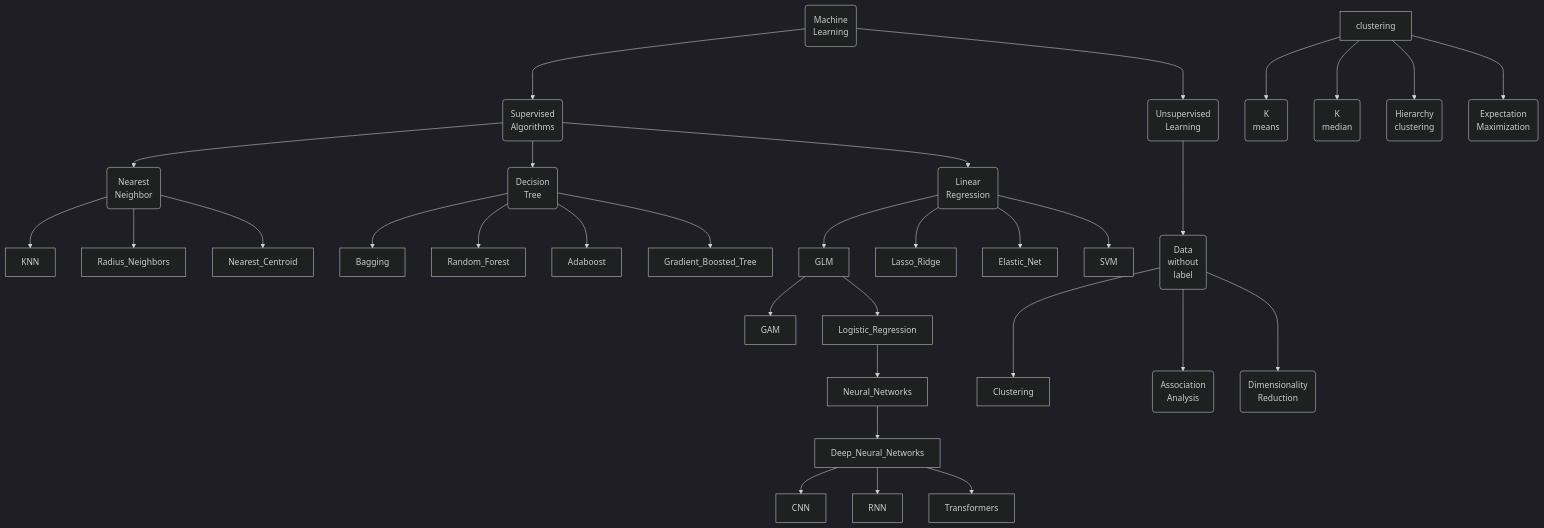
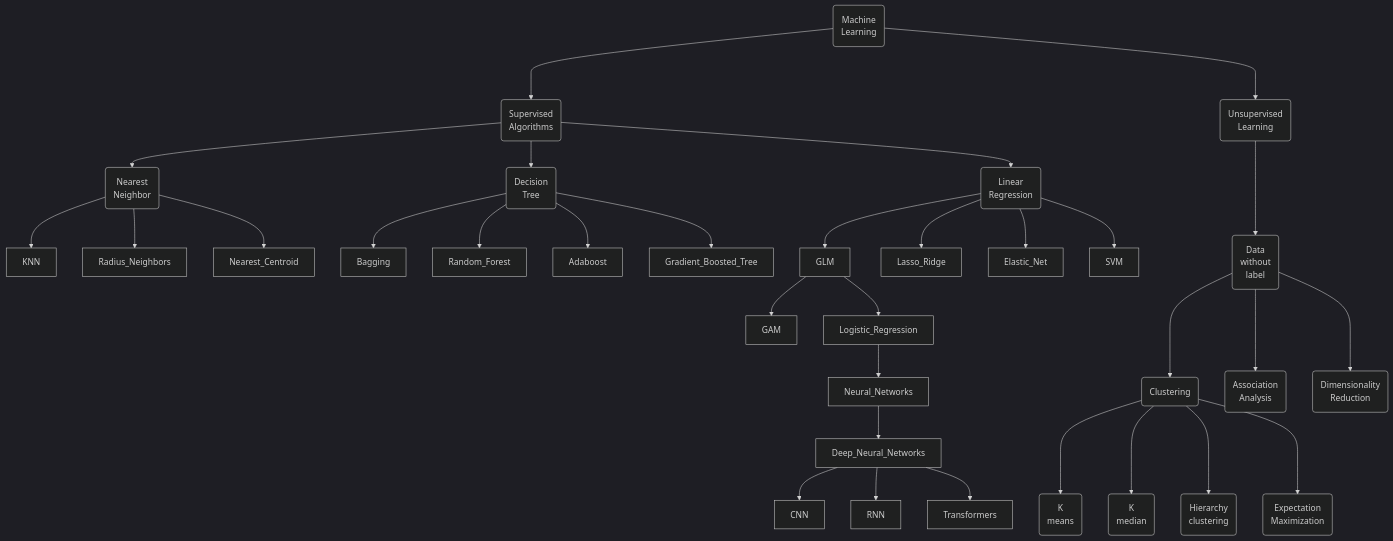
One commit to hwetsman/Public_Notes changed the diagram in ML_Tree.md. Above: the diagram before and after it, drawn with Mermaid (dark theme).

Commit message:
Refactor: fix clustering

`````diff
--- a/ML_Tree.md
+++ b/ML_Tree.md
@@ -1,53 +1,53 @@
 ````mermaid
 flowchart TB
   Machine_Learning(Machine<br>Learning)
   Supervised(Supervised<br>Algorithms)
     Supervised-->Nearest(Nearest<br>Neighbor)
       Machine_Learning--->Supervised
     Nearest --> KNN
     Nearest --> Radius_Neighbors
     Nearest --> Nearest_Centroid
     Supervised --> Decision(Decision<br>Tree)
     Decision --> Bagging
     Decision --> Random_Forest
     Decision --> Adaboost
     Decision --> Gradient_Boosted_Tree
     Supervised --> Linear(Linear<br>Regression)
     Linear --> GLM
     GLM --> GAM
     GLM --> Logistic_Regression
     Logistic_Regression --> Neural_Networks
     Neural_Networks --> Deep_Neural_Networks
     Deep_Neural_Networks --> CNN
     Deep_Neural_Networks --> RNN
     Deep_Neural_Networks --> Transformers
     Linear --> Lasso_Ridge
     Linear --> Elastic_Net
     Linear --> SVM
 
     Unsupervised(Unsupervised<br>Learning)
       Machine_Learning--->Unsupervised
         Data(Data<br>without<br>label)
         Unsupervised--->Data
 
-        Clustering
-          Data--->Clustering
+        clustering(Clustering)
+          Data--->clustering
           K_mean(K<br>means)
             clustering--->K_mean
           K_med(K<br>median)
             clustering--->K_med
           hierarchy(Hierarchy<br>clustering)
             clustering--->hierarchy
           Expectation(Expectation<br>Maximization)
             clustering--->Expectation
 
         Association(Association<br>Analysis)
           Data--->Association
 
         Dimension(Dimensionality<br>Reduction)
           Data--->Dimension
       
 
 
 
 ````
`````
